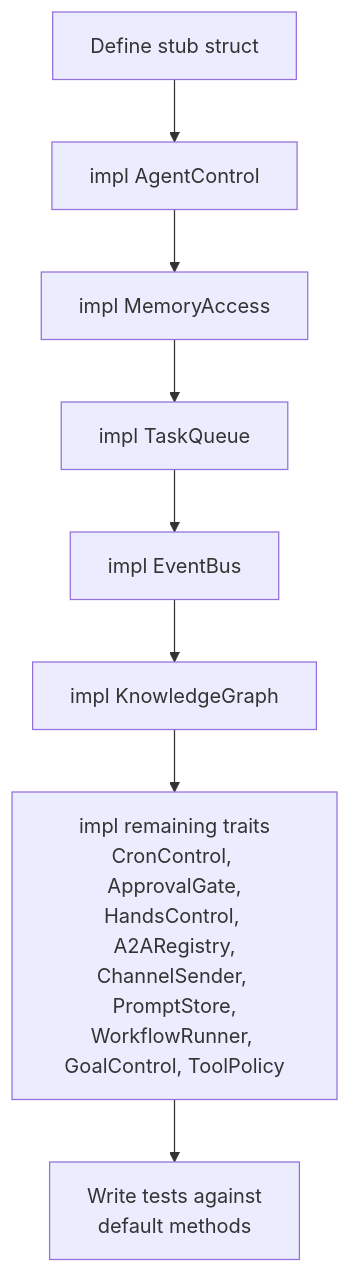
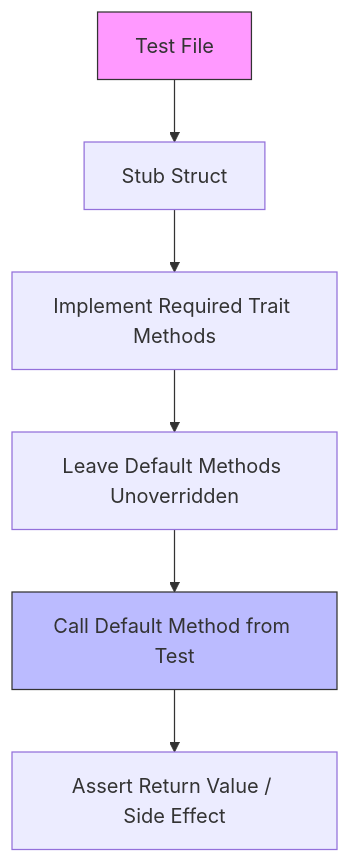
One commit to leszek3737/librefang-WIki changed the diagram in other-librefang-kernel-handle-tests.md. Above: the diagram before and after it, drawn with Mermaid. The commit also changed other lines of this file and 110 other files, not shown here.

````diff
--- a/other-librefang-kernel-handle-tests.md
+++ b/other-librefang-kernel-handle-tests.md
@@ -66,10 +31,11 @@
 ```mermaid
 graph TD
-    A[Define stub struct] --> B[impl AgentControl]
-    B --> C[impl MemoryAccess]
-    C --> D[impl TaskQueue]
-    D --> E[impl EventBus]
-    E --> F[impl KnowledgeGraph]
-    F --> G[impl remaining traits<br/>CronControl, ApprovalGate,<br/>HandsControl, A2ARegistry,<br/>ChannelSender, PromptStore,<br/>WorkflowRunner, GoalControl, ToolPolicy]
-    G --> H[Write tests against<br/>default methods]
+    A[Test File] --> B[Stub Struct]
+    B --> C[Implement Required Trait Methods]
+    C --> D[Leave Default Methods Unoverridden]
+    D --> E[Call Default Method from Test]
+    E --> F[Assert Return Value / Side Effect]
+    
+    style A fill:#f9f,stroke:#333
+    style E fill:#bbf,stroke:#333
 ```
````
